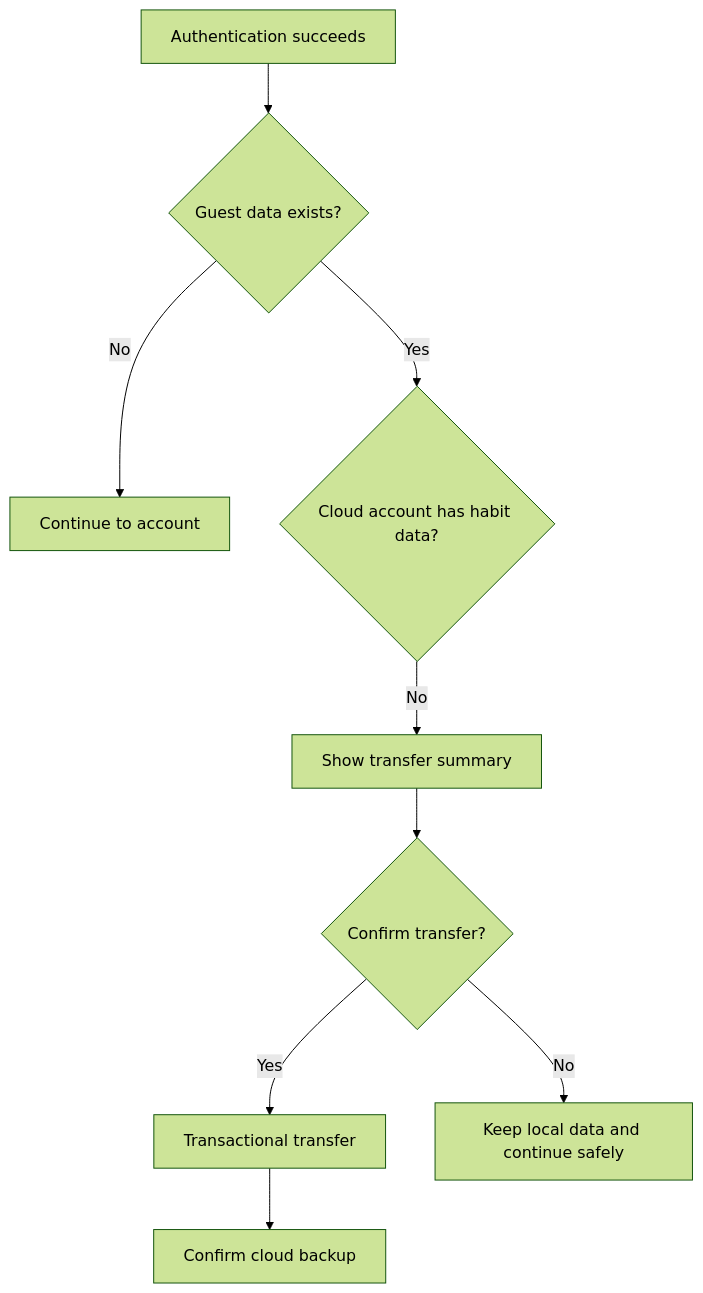
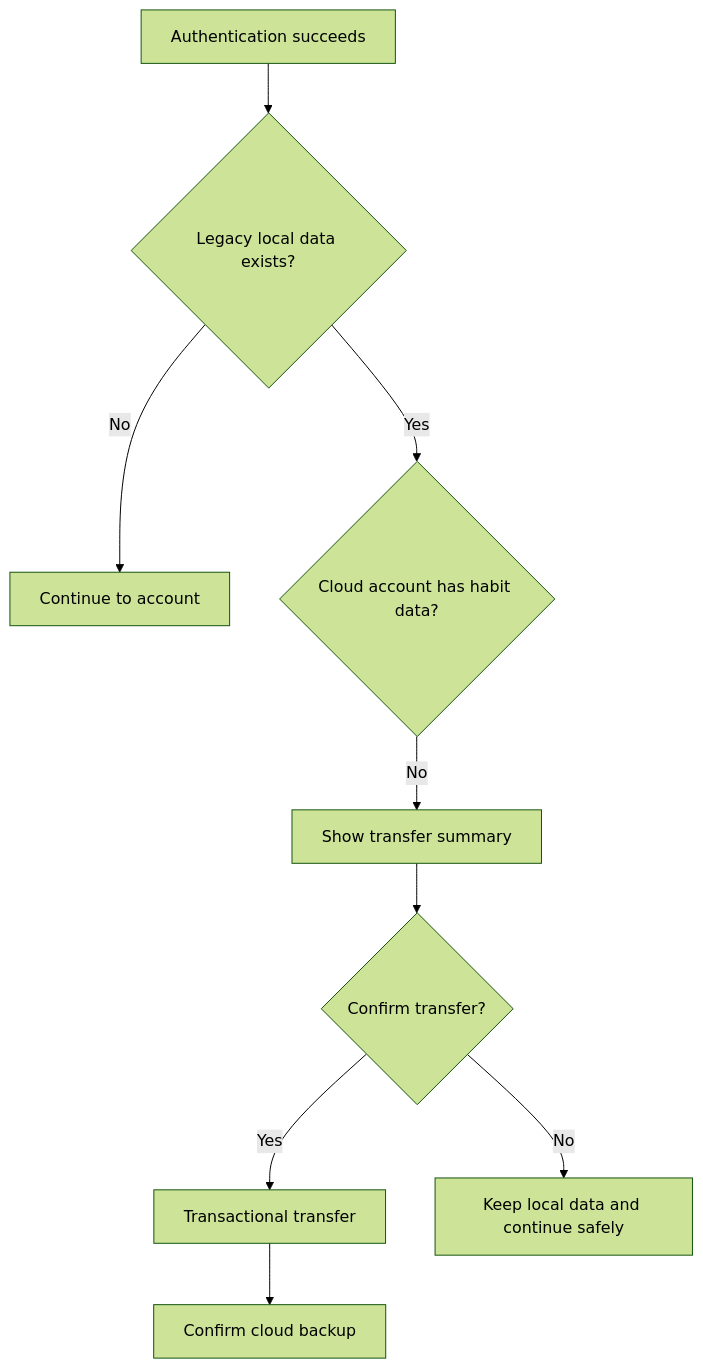
Diagram 15 of 19 in docs/specs/UX-FLOWS.md (farzah14/recovery-first), drawn with Mermaid (forest theme) before and after one commit. The commit also changed other lines of this file and 9 other files, not shown here.

````diff
--- a/docs/specs/UX-FLOWS.md
+++ b/docs/specs/UX-FLOWS.md
@@ -1600,11 +1593,11 @@
 ```mermaid
 flowchart TD
-    SignedIn[Authentication succeeds] --> Guest{Guest data exists?}
-    Guest -- No --> Continue[Continue to account]
-    Guest -- Yes --> Cloud{Cloud account has habit data?}
+    SignedIn[Authentication succeeds] --> Legacy{Legacy local data exists?}
+    Legacy -- No --> Continue[Continue to account]
+    Legacy -- Yes --> Cloud{Cloud account has habit data?}
     Cloud -- No --> Summary[Show transfer summary]
     Summary --> Confirm{Confirm transfer?}
     Confirm -- Yes --> Transfer[Transactional transfer]
     Confirm -- No --> KeepLocal[Keep local data and continue safely]
     Transfer --> Success[Confirm cloud backup]
 ```
````
